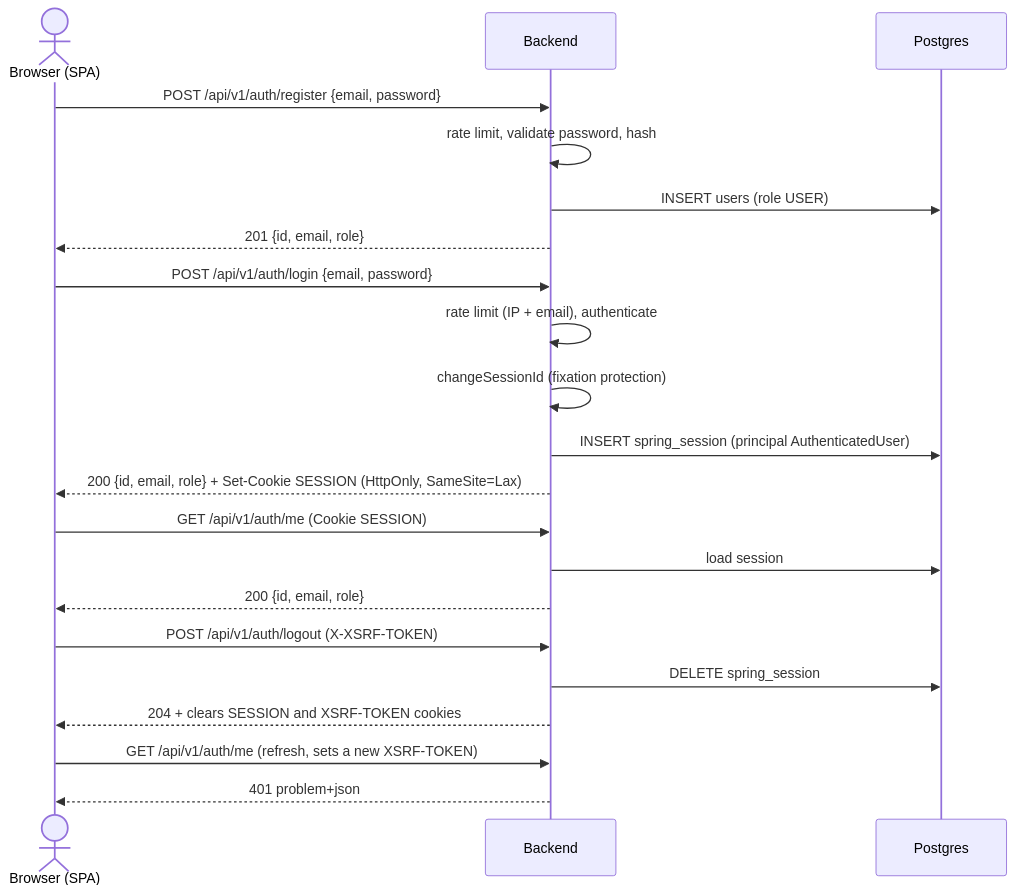
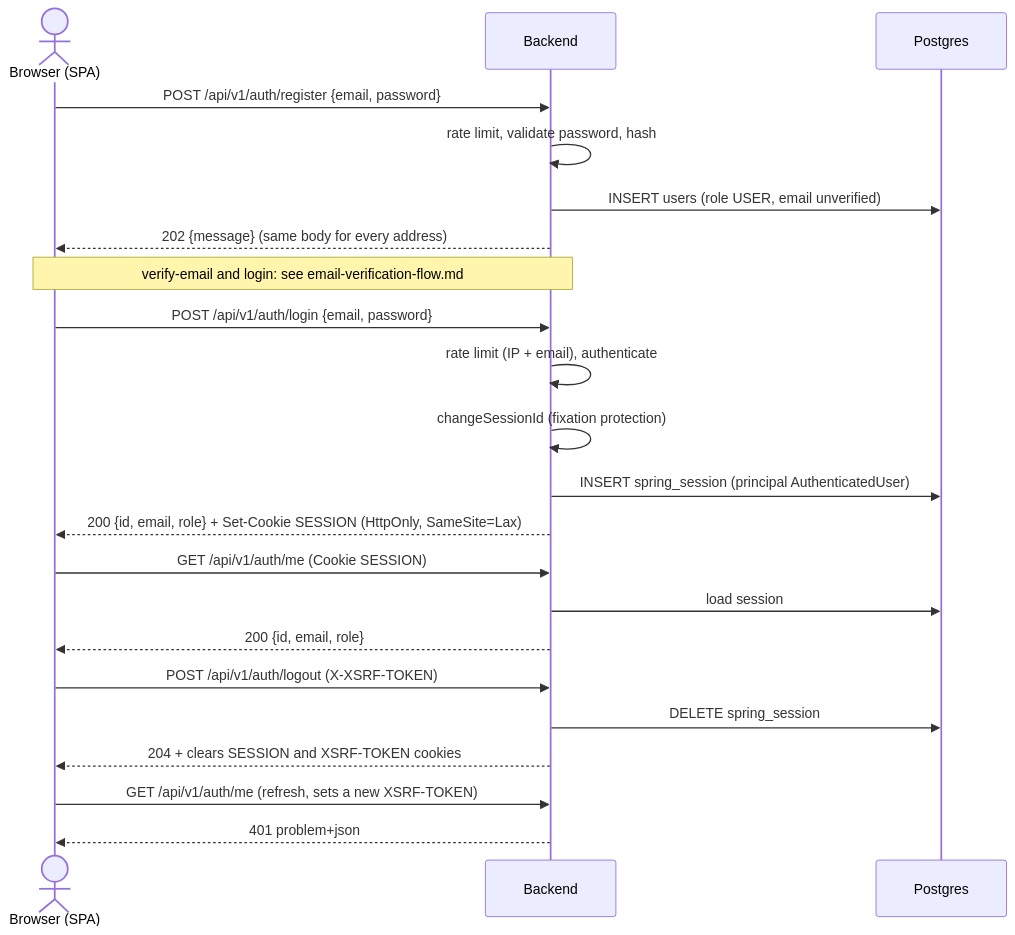
Before and after one commit to makeitfine-org/phrasal: the first of 3 diagrams in docs/diagrams/auth-flow.md, drawn with Mermaid. The commit also changed other lines of this file and 13 other files, not shown here.

Commit message:
docs: document email verification, Mailpit and Brevo setup

````diff
--- a/docs/diagrams/auth-flow.md
+++ b/docs/diagrams/auth-flow.md
@@ -7,27 +7,28 @@
 ```mermaid
 sequenceDiagram
     actor U as Browser (SPA)
     participant B as Backend
     participant DB as Postgres
 
     U->>B: POST /api/v1/auth/register {email, password}
     B->>B: rate limit, validate password, hash
-    B->>DB: INSERT users (role USER)
-    B-->>U: 201 {id, email, role}
+    B->>DB: INSERT users (role USER, email unverified)
+    B-->>U: 202 {message} (same body for every address)
+    Note over U,B: verify-email and login: see email-verification-flow.md
 
     U->>B: POST /api/v1/auth/login {email, password}
     B->>B: rate limit (IP + email), authenticate
     B->>B: changeSessionId (fixation protection)
     B->>DB: INSERT spring_session (principal AuthenticatedUser)
     B-->>U: 200 {id, email, role} + Set-Cookie SESSION (HttpOnly, SameSite=Lax)
 
     U->>B: GET /api/v1/auth/me (Cookie SESSION)
     B->>DB: load session
     B-->>U: 200 {id, email, role}
 
     U->>B: POST /api/v1/auth/logout (X-XSRF-TOKEN)
     B->>DB: DELETE spring_session
     B-->>U: 204 + clears SESSION and XSRF-TOKEN cookies
     U->>B: GET /api/v1/auth/me (refresh, sets a new XSRF-TOKEN)
     B-->>U: 401 problem+json
 ```
````
